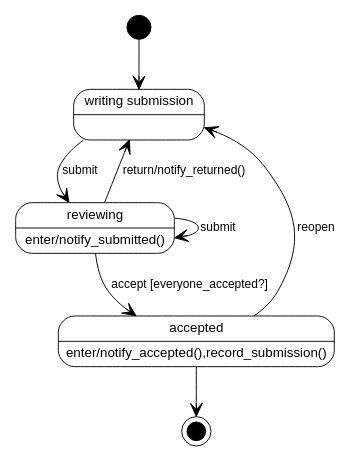
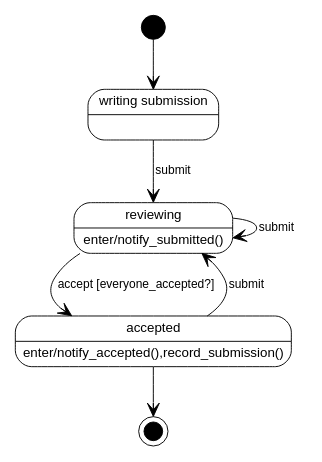
Before and after one commit to WorkflowsOnRails/project-report: the diagram in img/case-study-fourth-year-system/oral_presentation_scheduling.dot, drawn with Graphviz. The commit also changed 1 other file, not shown here.

```diff
--- a/img/case-study-fourth-year-system/oral_presentation_scheduling.dot
+++ b/img/case-study-fourth-year-system/oral_presentation_scheduling.dot
@@ -1,24 +1,23 @@
 digraph hierarchy {
 rankdir=TB
 node[shape=Mrecord, fontname=Arial, fontsize=10, penwidth=0.7]
 edge[dir=forward, arrowhead=vee, fontname=Arial, fontsize=9, penwidth=0.7]
 
 start[label="",
       shape=circle, style=filled, color=black, fillcolor=black,
       fixedsize=true, width=0.25, height=0.25]
 end[label="",
     shape=doublecircle, style=filled, color=black, fillcolor=black,
     fixedsize=true, width=0.2, height=0.2]
 
 writing_submission[label = "{writing submission|}"]
 reviewing[label = "{reviewing|enter/notify_submitted()}"]
 accepted[label = "{accepted|enter/notify_accepted(),record_submission()}"]
 
 start -> writing_submission
 writing_submission -> reviewing [label = " submit   "]
 reviewing -> reviewing [label = " submit   "]
-reviewing -> writing_submission [label = " return/notify_returned()   "]
 reviewing -> accepted [label = " accept [everyone_accepted?]  "]
-accepted -> writing_submission [label=" reopen   "]
+accepted -> reviewing [label=" submit   "]
 accepted -> end
 }
```
